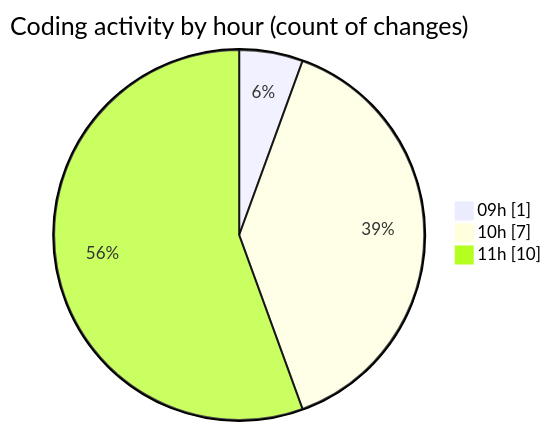
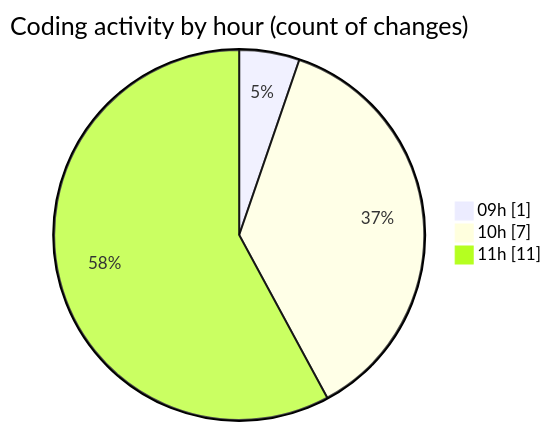
The second of 2 diagrams in 2025-05-01/ecodeli/README.md (CELIANVF/code-tracking), drawn with Mermaid before and after one commit. The commit also changed other lines of this file and 1 other file, not shown here.

````diff
--- a/2025-05-01/ecodeli/README.md
+++ b/2025-05-01/ecodeli/README.md
@@ -38,7 +38,7 @@
 ```mermaid
 pie showData
 title Coding activity by hour (count of changes)
 "09h" : 1
 "10h" : 7
-"11h" : 10
+"11h" : 11
 ```
````
